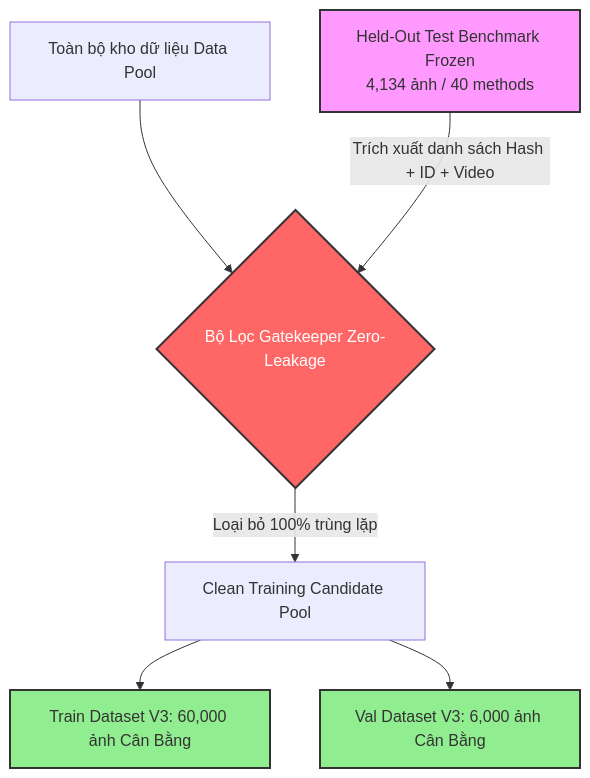
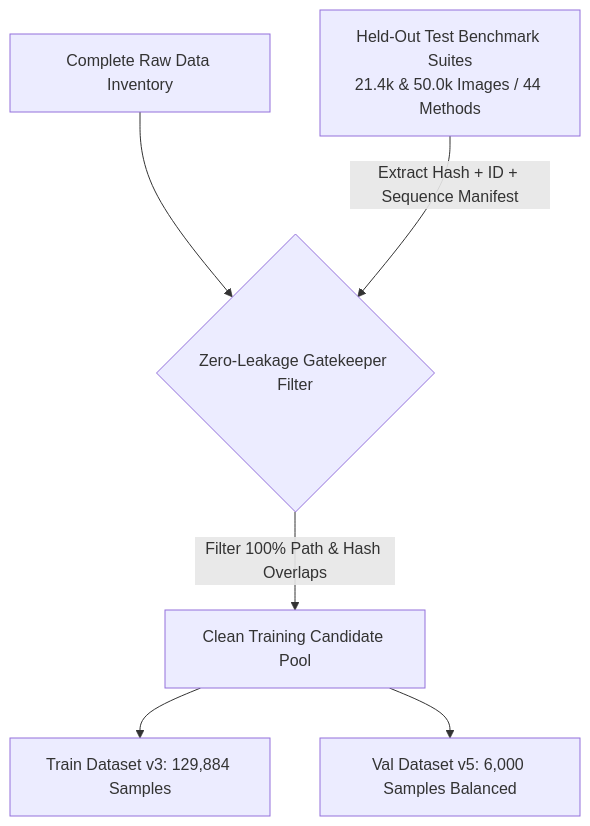
Before and after one commit to bush-le/deepfake-ViT: the diagram in agents/experiments/EXP_03_ZERO_LEAKAGE_AND_BALANCED_TRAINING_PLAN.md, drawn with Mermaid. The commit also changed other lines of this file and 85 other files, not shown here.

````diff
--- a/agents/experiments/EXP_03_ZERO_LEAKAGE_AND_BALANCED_TRAINING_PLAN.md
+++ b/agents/experiments/EXP_03_ZERO_LEAKAGE_AND_BALANCED_TRAINING_PLAN.md
@@ -43,13 +41,8 @@
 ```mermaid
 graph TD
-    A[Toàn bộ kho dữ liệu Data Pool] --> B{Bộ Lọc Gatekeeper Zero-Leakage}
-    C[Held-Out Test Benchmark Frozen<br/>4,134 ảnh / 40 methods] -->|Trích xuất danh sách Hash + ID + Video| B
-    B -->|Loại bỏ 100% trùng lặp| D[Clean Training Candidate Pool]
-    D --> E[Train Dataset V3: 60,000 ảnh Cân Bằng]
-    D --> F[Val Dataset V3: 6,000 ảnh Cân Bằng]
-    
-    style C fill:#f9f,stroke:#333,stroke-width:2px
-    style B fill:#ff6666,color:#fff,stroke:#333,stroke-width:2px
-    style E fill:#90EE90,stroke:#333,stroke-width:2px
-    style F fill:#90EE90,stroke:#333,stroke-width:2px
+    A["Complete Raw Data Inventory"] --> B{"Zero-Leakage Gatekeeper Filter"}
+    C["Held-Out Test Benchmark Suites<br/>21.4k & 50.0k Images / 44 Methods"] -->|"Extract Hash + ID + Sequence Manifest"| B
+    B -->|"Filter 100% Path & Hash Overlaps"| D["Clean Training Candidate Pool"]
+    D --> E["Train Dataset v3: 129,884 Samples"]
+    D --> F["Val Dataset v5: 6,000 Samples Balanced"]
 ```
````
